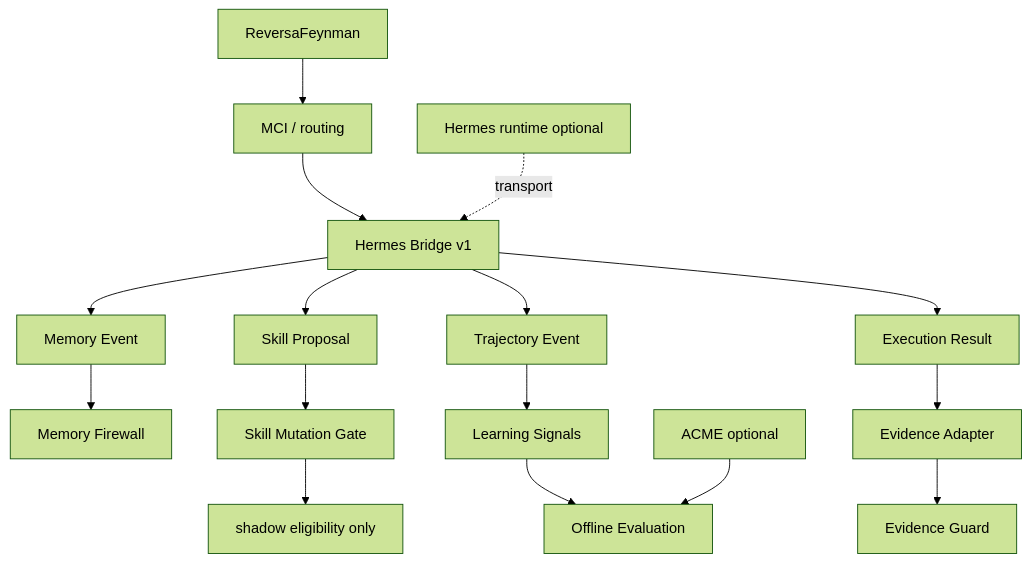
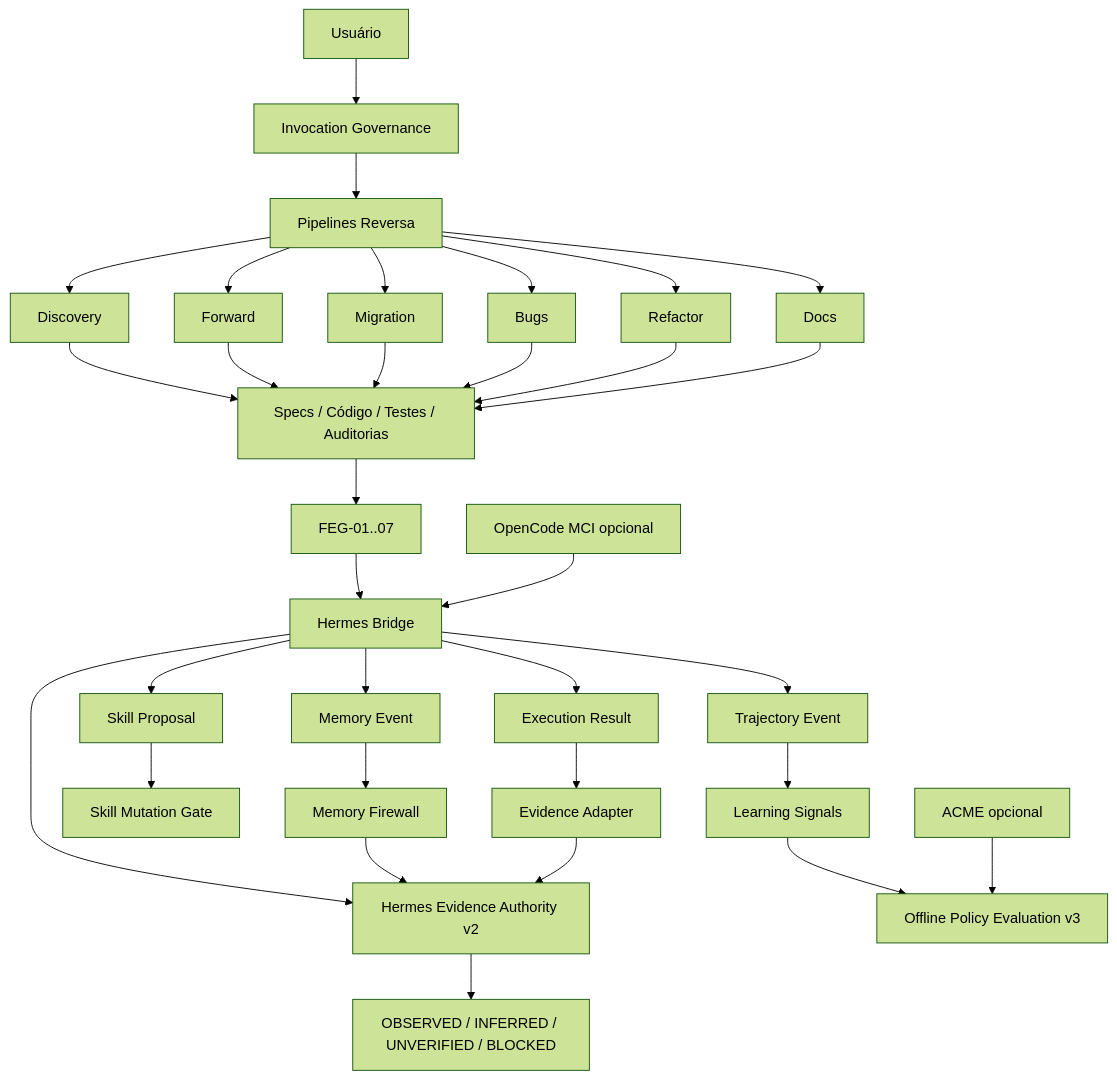
The third of 4 diagrams in README.md (MarceloClaro/reversa), drawn with Mermaid (forest theme) before and after one commit. The commit also changed other lines of this file, not shown here.

Commit message:
docs: atualizar README para Hermes Evidence Authority v2

````diff
--- a/README.md
+++ b/README.md
@@ -553,22 +209,41 @@
 ```mermaid
 flowchart TB
-    RF["ReversaFeynman"] --> MCI["MCI / routing"]
-    MCI --> HB["Hermes Bridge v1"]
+    U["Usuário"] --> INV["Invocation Governance"]
+    INV --> PIPE["Pipelines Reversa"]
+
+    PIPE --> DISC["Discovery"]
+    PIPE --> FWD["Forward"]
+    PIPE --> MIG["Migration"]
+    PIPE --> BUG["Bugs"]
+    PIPE --> REF["Refactor"]
+    PIPE --> DOC["Docs"]
+
+    DISC --> ART["Specs / Código / Testes / Auditorias"]
+    FWD --> ART
+    MIG --> ART
+    BUG --> ART
+    REF --> ART
+    DOC --> ART
+
+    ART --> FEG["FEG-01..07"]
+    FEG --> HB["Hermes Bridge"]
 
     HB --> MEM["Memory Event"]
     HB --> SK["Skill Proposal"]
     HB --> TR["Trajectory Event"]
     HB --> EX["Execution Result"]
+    HB --> HEA["Hermes Evidence Authority v2"]
 
     MEM --> MF["Memory Firewall"]
     SK --> SG["Skill Mutation Gate"]
     TR --> LS["Learning Signals"]
     EX --> EA["Evidence Adapter"]
 
-    LS --> OPE["Offline Evaluation"]
-    EA --> EG["Evidence Guard"]
-    SG --> SH["shadow eligibility only"]
+    MF --> HEA
+    EA --> HEA
+    HEA --> ES["OBSERVED / INFERRED / UNVERIFIED / BLOCKED"]
 
-    H["Hermes runtime optional"] -. transport .-> HB
-    ACME["ACME optional"] --> OPE
+    LS --> OPE["Offline Policy Evaluation v3"]
+    ACME["ACME opcional"] --> OPE
+    MCI["OpenCode MCI opcional"] --> HB
 ```
````
